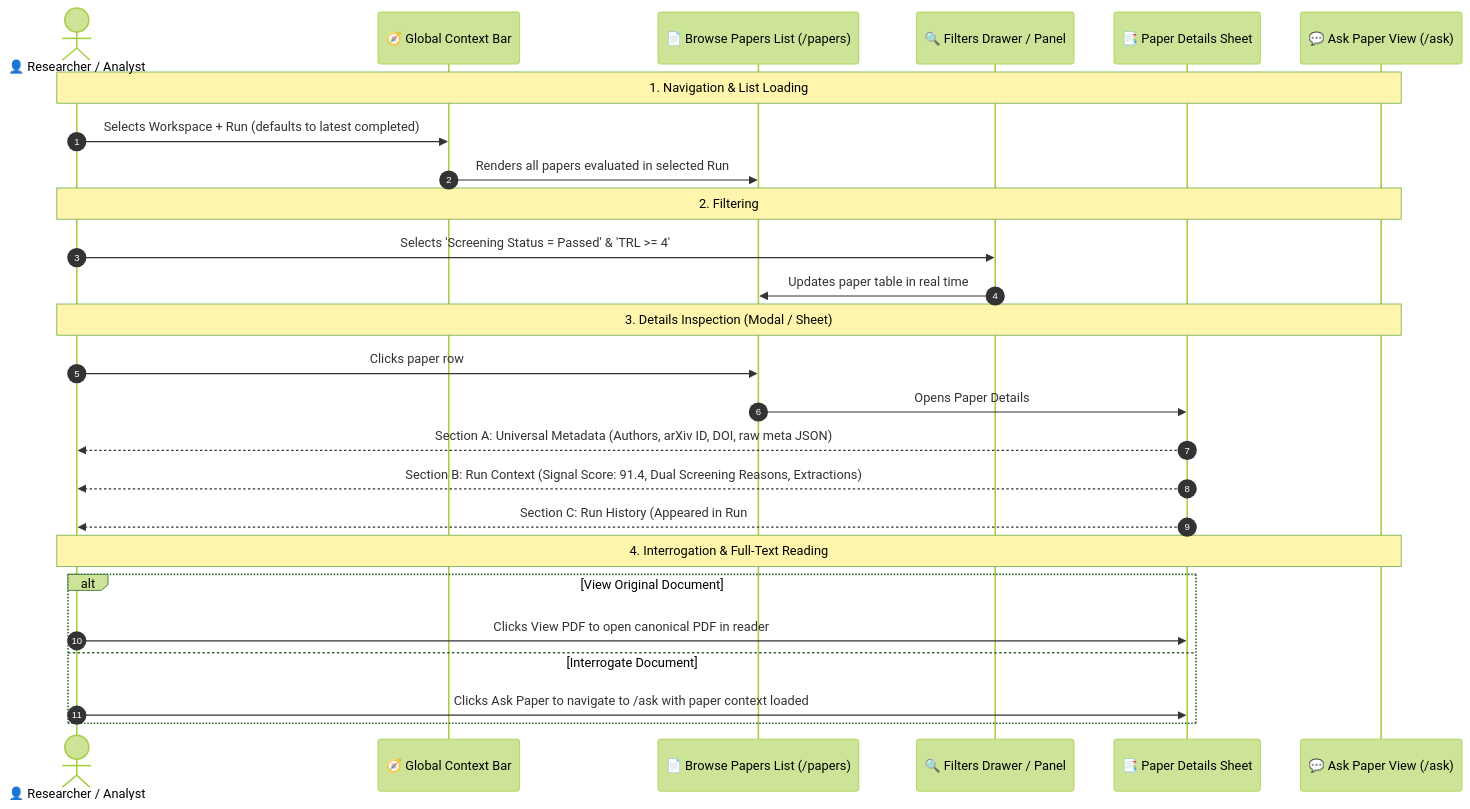
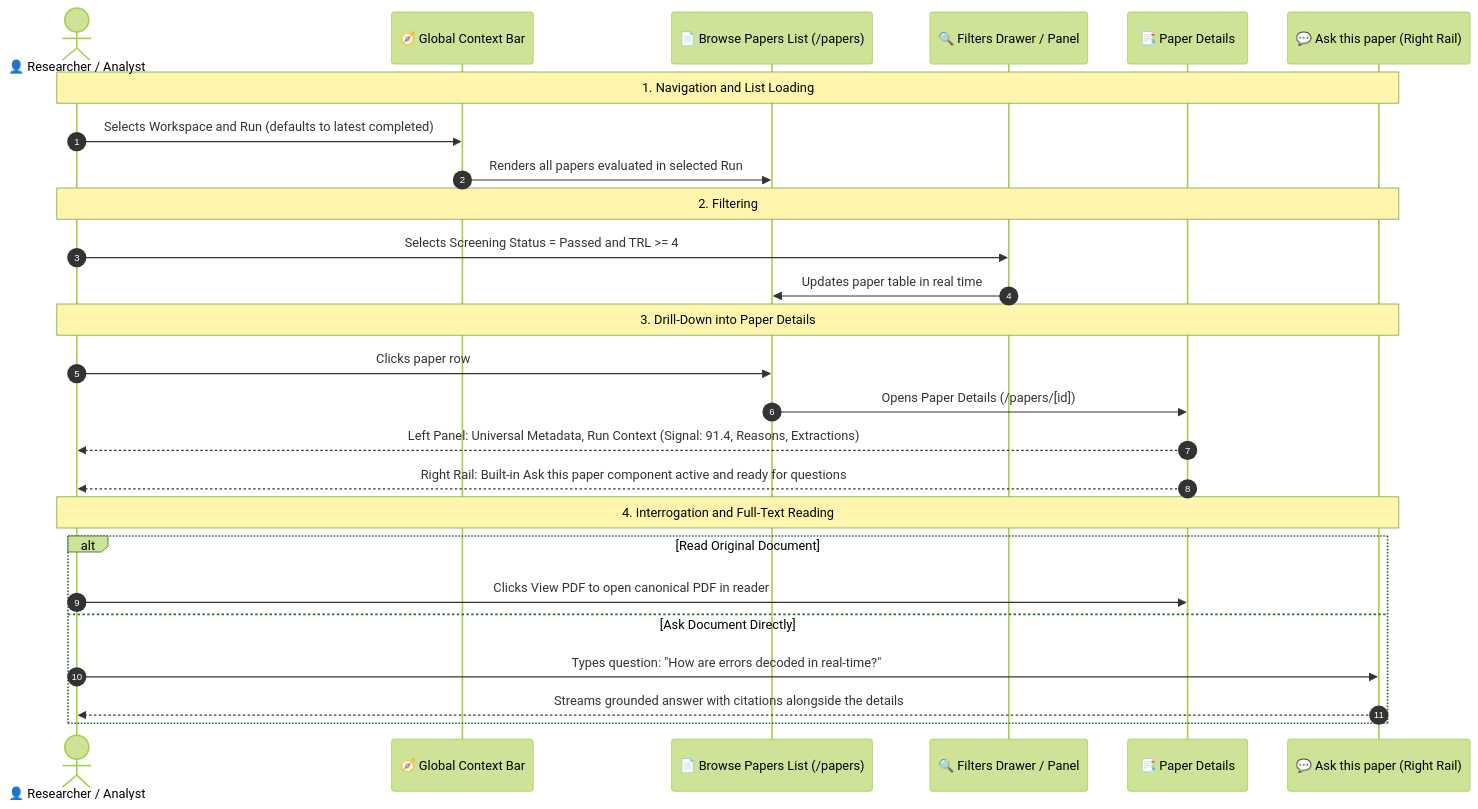
Before and after one commit to p4ku/research-intelligence: the second of 6 diagrams in docs/user_journeys/stage_2_user_journeys.md, drawn with Mermaid (forest theme). The commit also changed other lines of this file, not shown here.

Commit message:
docs: unify Paper Details view and Ask this paper interactions in Diagram 3.2 and 4.2

````diff
--- a/docs/user_journeys/stage_2_user_journeys.md
+++ b/docs/user_journeys/stage_2_user_journeys.md
@@ -135,32 +135,32 @@
 ```mermaid
 sequenceDiagram
     autonumber
     actor User as 👤 Researcher / Analyst
     participant TopBar as 🧭 Global Context Bar
     participant PapersList as 📄 Browse Papers List (/papers)
     participant Filters as 🔍 Filters Drawer / Panel
-    participant DetailsView as 📑 Paper Details Sheet
-    participant AskUI as 💬 Ask Paper View (/ask)
+    participant DetailsPage as 📑 Paper Details
+    participant PaperChat as 💬 Ask this paper (Right Rail)
 
-    Note over User,AskUI: 1. Navigation & List Loading
-    User->>TopBar: Selects Workspace + Run (defaults to latest completed)
+    Note over User,PaperChat: 1. Navigation and List Loading
+    User->>TopBar: Selects Workspace and Run (defaults to latest completed)
     TopBar->>PapersList: Renders all papers evaluated in selected Run
 
-    Note over User,AskUI: 2. Filtering
-    User->>Filters: Selects 'Screening Status = Passed' & 'TRL >= 4'
+    Note over User,PaperChat: 2. Filtering
+    User->>Filters: Selects Screening Status = Passed and TRL >= 4
     Filters->>PapersList: Updates paper table in real time
 
-    Note over User,AskUI: 3. Details Inspection (Modal / Sheet)
+    Note over User,PaperChat: 3. Drill-Down into Paper Details
     User->>PapersList: Clicks paper row
-    PapersList->>DetailsView: Opens Paper Details
-    DetailsView-->>User: Section A: Universal Metadata (Authors, arXiv ID, DOI, raw meta JSON)
-    DetailsView-->>User: Section B: Run Context (Signal Score: 91.4, Dual Screening Reasons, Extractions)
-    DetailsView-->>User: Section C: Run History (Appeared in Run #12, Run #14)
+    PapersList->>DetailsPage: Opens Paper Details (/papers/[id])
+    DetailsPage-->>User: Left Panel: Universal Metadata, Run Context (Signal: 91.4, Reasons, Extractions)
+    DetailsPage-->>User: Right Rail: Built-in Ask this paper component active and ready for questions
 
-    Note over User,AskUI: 4. Interrogation & Full-Text Reading
-    alt View Original Document
-        User->>DetailsView: Clicks View PDF to open canonical PDF in reader
-    else Interrogate Document
-        User->>DetailsView: Clicks Ask Paper to navigate to /ask with paper context loaded
+    Note over User,PaperChat: 4. Interrogation and Full-Text Reading
+    alt Read Original Document
+        User->>DetailsPage: Clicks View PDF to open canonical PDF in reader
+    else Ask Document Directly
+        User->>PaperChat: Types question: "How are errors decoded in real-time?"
+        PaperChat-->>User: Streams grounded answer with citations alongside the details
     end
 ```
````
